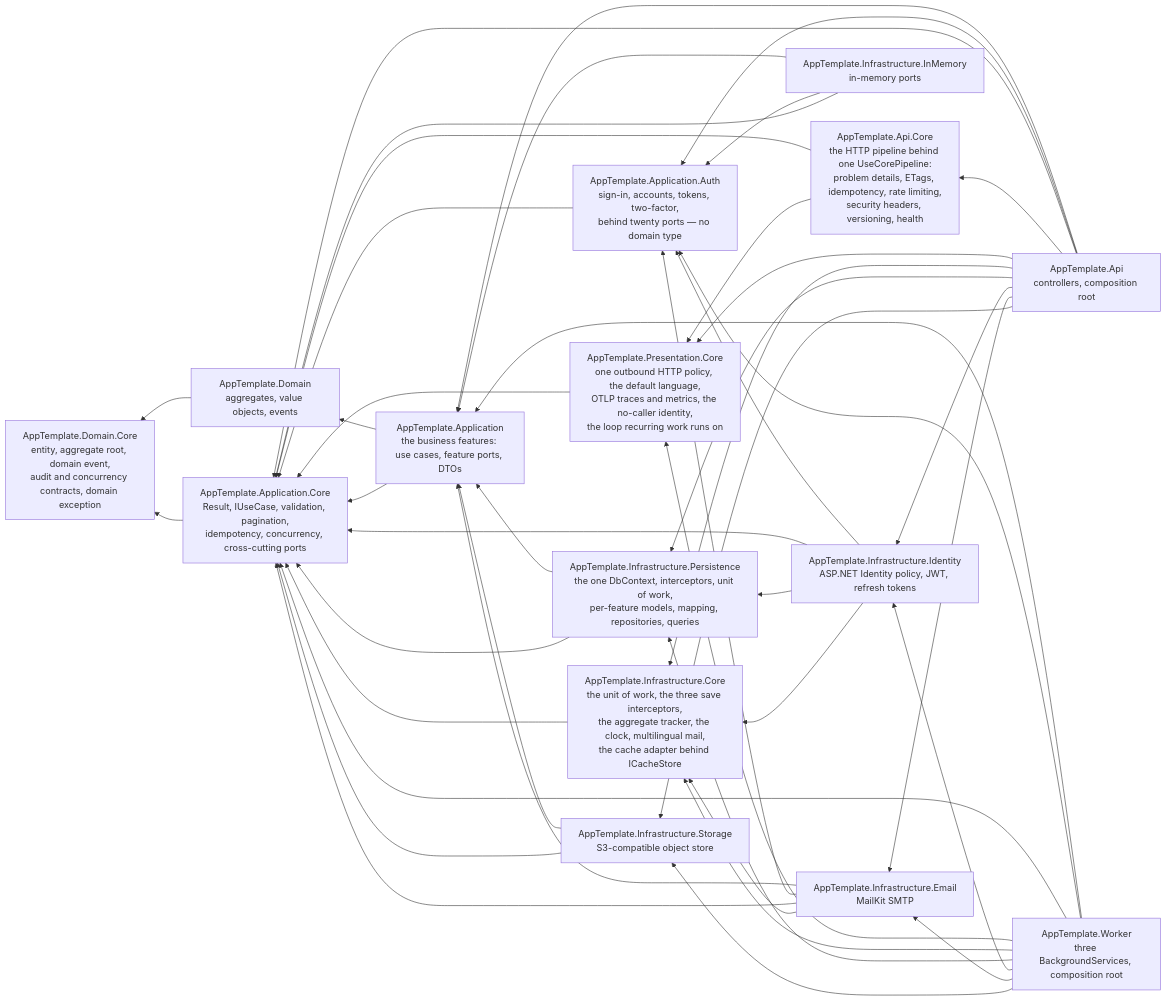
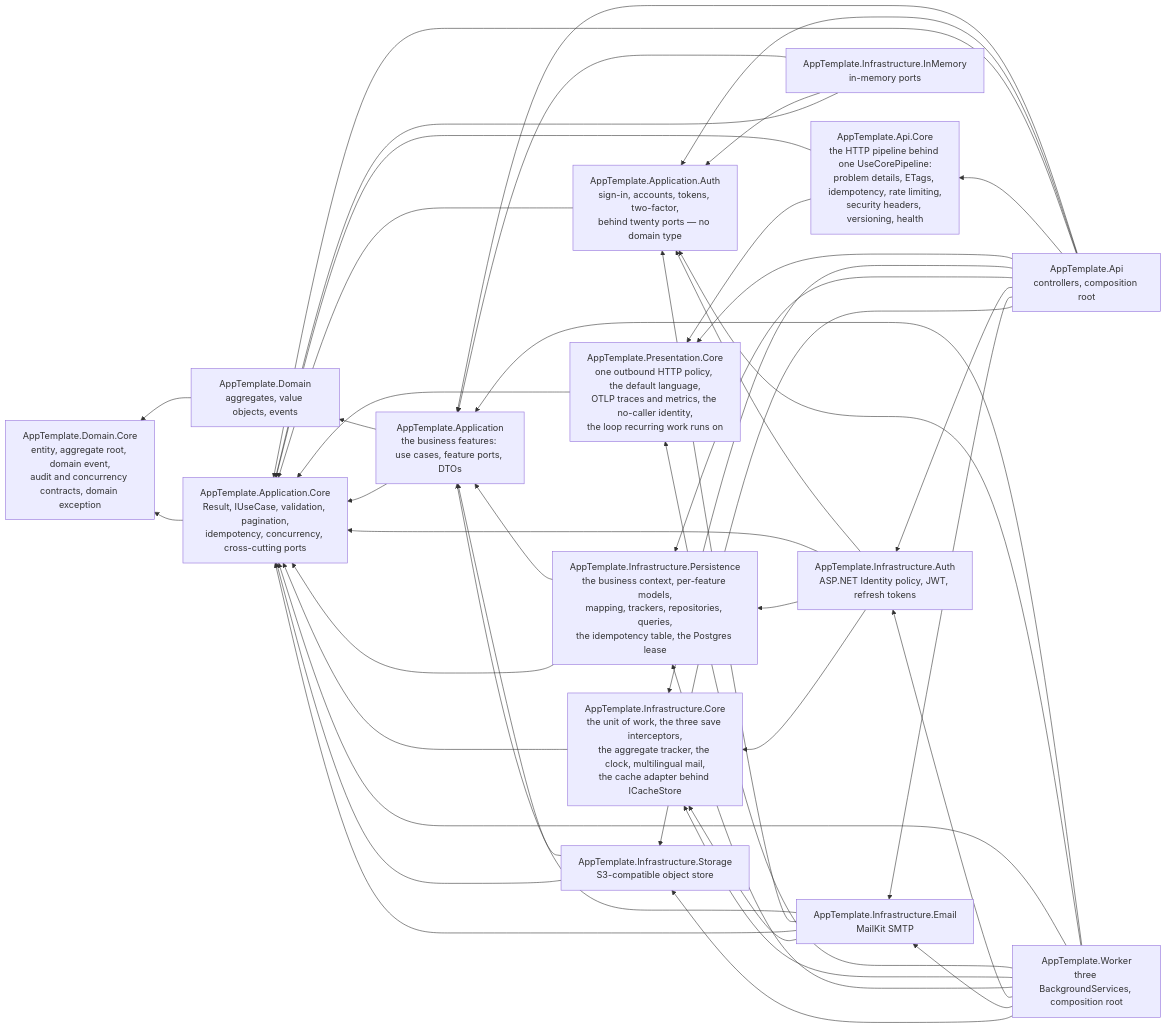
Before and after one commit to Pierre-MarieMarchio/Template-DotNet_Clean_Architecture: the diagram in docs/ARCHITECTURE.md, drawn with Mermaid. The commit also changed other lines of this file and 5 other files, not shown here.

````diff
--- a/docs/ARCHITECTURE.md
+++ b/docs/ARCHITECTURE.md
@@ -30,62 +30,62 @@
 ```mermaid
 graph RL
     Api[AppTemplate.Api<br/>controllers, composition root]
     Worker[AppTemplate.Worker<br/>three BackgroundServices, composition root]
     ApiCore[AppTemplate.Api.Core<br/>the HTTP pipeline behind one UseCorePipeline:<br/>problem details, ETags, idempotency, rate limiting,<br/>security headers, versioning, health]
     PresCore[AppTemplate.Presentation.Core<br/>one outbound HTTP policy, the default language,<br/>OTLP traces and metrics, the no-caller identity,<br/>the loop recurring work runs on]
-    Ident[AppTemplate.Infrastructure.Identity<br/>ASP.NET Identity policy, JWT, refresh tokens]
+    Ident[AppTemplate.Infrastructure.Auth<br/>ASP.NET Identity policy, JWT, refresh tokens]
     Mail[AppTemplate.Infrastructure.Email<br/>MailKit SMTP]
     Store[AppTemplate.Infrastructure.Storage<br/>S3-compatible object store]
     Mem[AppTemplate.Infrastructure.InMemory<br/>in-memory ports]
-    Pers[AppTemplate.Infrastructure.Persistence<br/>the one DbContext, interceptors, unit of work,<br/>per-feature models, mapping, repositories, queries]
+    Pers[AppTemplate.Infrastructure.Persistence<br/>the business context, per-feature models,<br/>mapping, trackers, repositories, queries,<br/>the idempotency table, the Postgres lease]
     InfraCore[AppTemplate.Infrastructure.Core<br/>the unit of work, the three save interceptors,<br/>the aggregate tracker, the clock, multilingual mail,<br/>the cache adapter behind ICacheStore]
     App[AppTemplate.Application<br/>the business features: use cases, feature ports, DTOs]
     Auth[AppTemplate.Application.Auth<br/>sign-in, accounts, tokens, two-factor,<br/>behind twenty ports — no domain type]
     AppCore[AppTemplate.Application.Core<br/>Result, IUseCase, validation, pagination,<br/>idempotency, concurrency, cross-cutting ports]
     Dom[AppTemplate.Domain<br/>aggregates, value objects, events]
     DomCore[AppTemplate.Domain.Core<br/>entity, aggregate root, domain event,<br/>audit and concurrency contracts, domain exception]
 
     Dom --> DomCore
     AppCore --> DomCore
     App --> Dom
     App --> AppCore
     Auth --> AppCore
     PresCore --> AppCore
     ApiCore --> AppCore
     ApiCore --> PresCore
     InfraCore --> AppCore
     Pers --> App
     Pers --> AppCore
     Ident --> Auth
     Ident --> AppCore
     Ident --> Pers
     Ident --> InfraCore
     Mail --> App
     Mail --> Auth
     Mail --> AppCore
     Mail --> InfraCore
     Store --> App
     Store --> AppCore
     Mem --> App
     Mem --> Auth
     Mem --> AppCore
     Api --> App
     Api --> Auth
     Api --> AppCore
     Api --> ApiCore
     Api --> PresCore
     Api --> InfraCore
     Api --> Pers
     Api --> Ident
     Api --> Mail
     Api --> Store
     Worker --> App
     Worker --> Auth
     Worker --> AppCore
     Worker --> PresCore
     Worker --> InfraCore
     Worker --> Pers
     Worker --> Ident
     Worker --> Mail
     Worker --> Store
 ```
````
